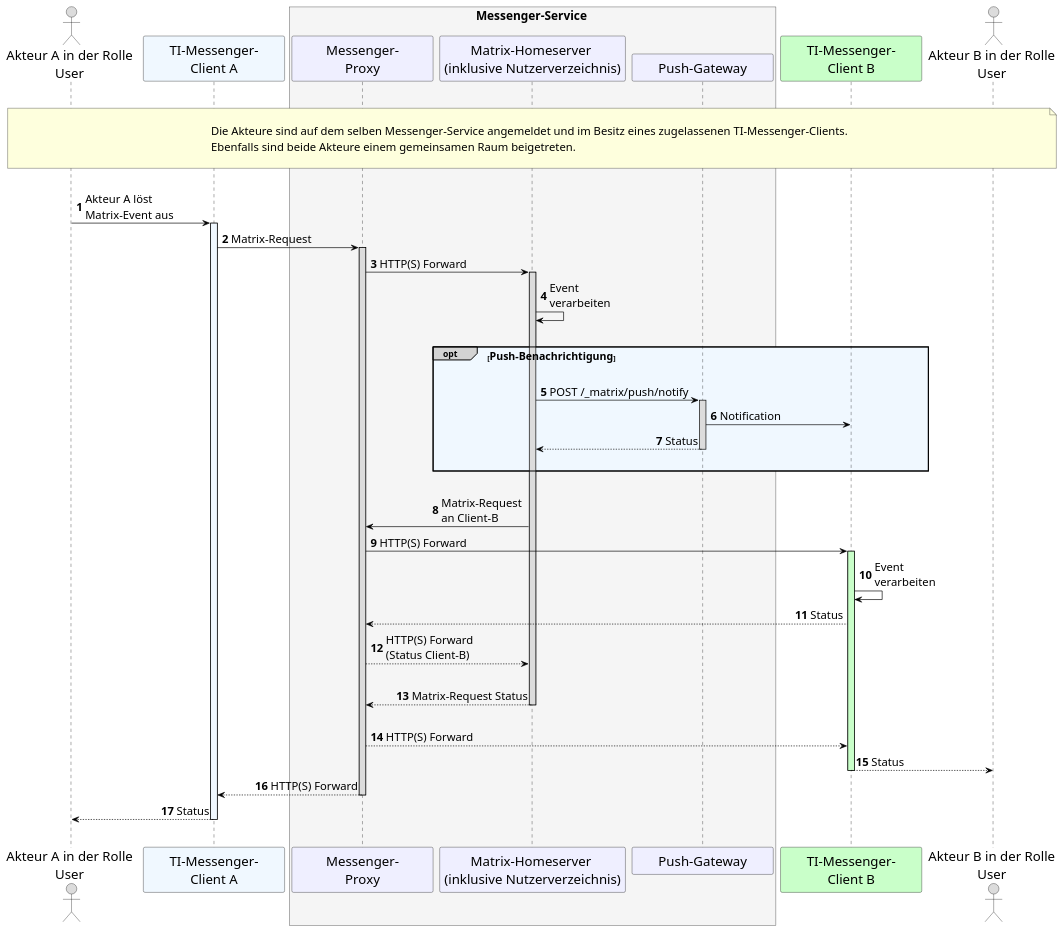
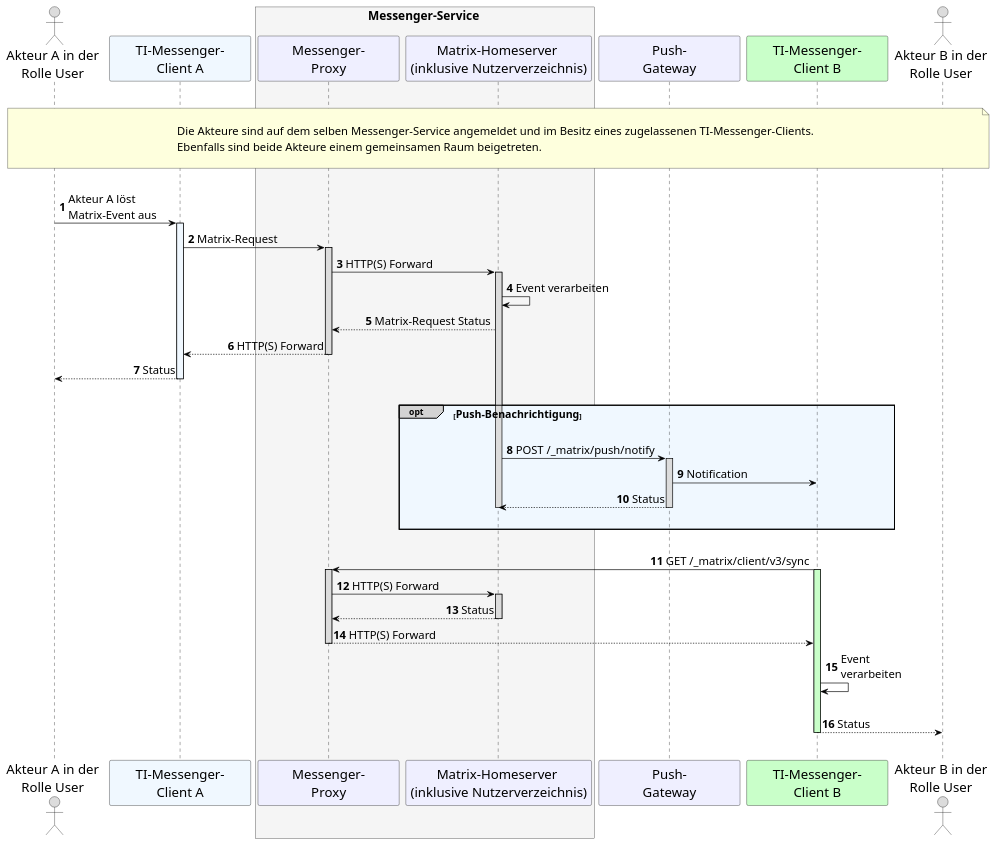
The diagram in src/plantuml/TI-Messenger-Dienst/Ressourcen/UC_10063_Seq.puml (gematik/api-ti-messenger), drawn with PlantUML before and after one commit. The commit also changed 2 other files, not shown here.

Commit message:
Update charts for TIM-1264

```diff
--- a/src/plantuml/TI-Messenger-Dienst/Ressourcen/UC_10063_Seq.puml
+++ b/src/plantuml/TI-Messenger-Dienst/Ressourcen/UC_10063_Seq.puml
@@ -5,80 +1,89 @@
 @startuml
+/' 
+# UC - 10063
+# Name: Austausch von Events zwischen Akteuren innerhalb einer Organisation
+'/
+
 skinparam sequenceMessageAlign direction
 skinparam minClassWidth 200
 skinparam BoxPadding 1
 skinparam sequenceReferenceHeaderBackgroundColor palegreen
 scale max 2048 width
 
 skinparam sequence {
 ArrowColor black
 ArrowFontSize 17
 ActorBorderColor black
 LifeLineBorderColor black
 LifeLineBackgroundColor Gainsboro
 
 ParticipantBorderColor Motivation
 ParticipantBackgroundColor Motivation
 ParticipantFontSize 20
 ParticipantFontColor black
 ParticipantBorderColor Black
 ParticipantBackgroundColor MOTIVATION
 
 ActorBackgroundColor Gainsboro
 ActorFontColor black
 ActorFontSize 20
 }
-    actor U1 as "Akteur A in der Rolle\nUser"
+    actor U1 as "Akteur A in der\nRolle User"
     participant C1 as "TI-Messenger-\nClient A" #AliceBlue
     box <size:18>Messenger-Service</size> #WhiteSmoke
       participant MP as "Messenger-\nProxy"
       participant MH as "Matrix-Homeserver \n(inklusive Nutzerverzeichnis)"
-      participant PG as "Push-Gateway"
     end box
+    participant PG as "Push-\nGateway"
     participant C2 as "TI-Messenger-\nClient B" #TECHNOLOGY
-    actor U2 as "Akteur B in der Rolle\nUser"
+    actor U2 as "Akteur B in der\nRolle User"
 
 autonumber
 
 |||
 note over U1, U2: \n<size:17>Die Akteure sind auf dem selben Messenger-Service angemeldet und im Besitz eines zugelassenen TI-Messenger-Clients.</size>\n<size:17>Ebenfalls sind beide Akteure einem gemeinsamen Raum beigetreten.</size>\n
 |||
     U1->C1: Akteur A löst \nMatrix-Event aus
       activate C1 #AliceBlue
     C1->MP: Matrix-Request
       activate MP
 
     MP->MH: HTTP(S) Forward
       activate MH
-    MH->MH: Event \nverarbeiten
+    MH->MH: Event verarbeiten
+
+    MH-->MP: Matrix-Request Status
+    MP-->C1: HTTP(S) Forward
+      deactivate MP
+    C1-->U1: Status
+      deactivate C1
+
     
     |||
     opt#LightGrey #AliceBlue <size:16>Push-Benachrichtigung</size>
     |||
     MH->PG: POST /_matrix/push/notify
       activate PG
     PG->C2: Notification
     PG-->MH: Status
       deactivate PG
+      deactivate MH
     |||
     end
     
     |||
-    MH->MP: Matrix-Request \nan Client-B
-    MP->C2: HTTP(S) Forward
+    C2->MP: GET /_matrix/client/v3/sync
+      activate MP
       activate C2 #TECHNOLOGY
-    C2->C2: Event \nverarbeiten
-    C2-->MP: Status
-    MP-->MH: HTTP(S) Forward \n(Status Client-B)
+    MP->MH: HTTP(S) Forward
+      activate MH
+    MH-->MP: Status
+      deactivate MH
+    MP-->C2: HTTP(S) Forward    
+      deactivate MP
+    C2->C2: Event\nverarbeiten
     |||
-    MH-->MP: Matrix-Request Status
-      deactivate MH
-    |||
-    MP-->C2: HTTP(S) Forward
     C2-->U2: Status
       deactivate C2
-    MP-->C1: HTTP(S) Forward
-      deactivate MP
-    C1-->U1: Status
-      deactivate C1
 |||
 @enduml
```
